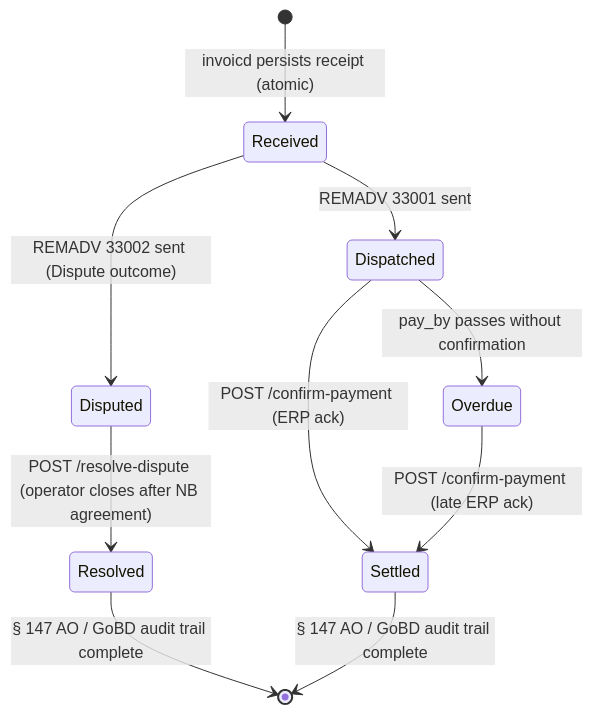
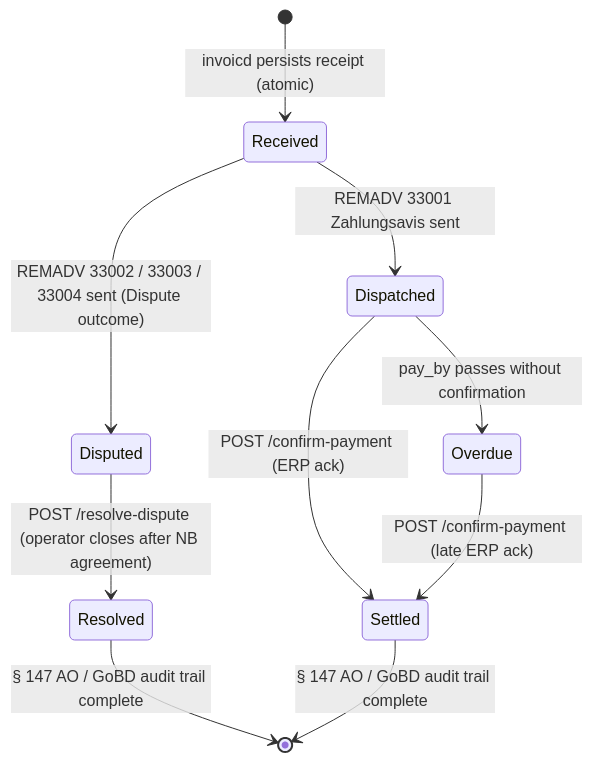
One commit to hupe1980/mako changed the second of 2 diagrams in site/content/docs/services/invoicd.md. Above: the diagram before and after it, drawn with Mermaid. The commit also changed other lines of this file and 107 other files, not shown here.

````diff
--- a/site/content/docs/services/invoicd.md
+++ b/site/content/docs/services/invoicd.md
@@ -376,12 +458,12 @@
 ```mermaid
 stateDiagram-v2
     [*] --> Received : invoicd persists receipt (atomic)
-    Received --> Dispatched : REMADV 33001 sent
-    Received --> Disputed : REMADV 33002 sent (Dispute outcome)
+    Received --> Dispatched : REMADV 33001 Zahlungsavis sent
+    Received --> Disputed : REMADV 33002 / 33003 / 33004 sent (Dispute outcome)
     Dispatched --> Settled : POST /confirm-payment (ERP ack)
     Dispatched --> Overdue : pay_by passes without confirmation
     Overdue --> Settled : POST /confirm-payment (late ERP ack)
     Disputed --> Resolved : POST /resolve-dispute (operator closes after NB agreement)
     Resolved --> [*] : § 147 AO / GoBD audit trail complete
     Settled --> [*] : § 147 AO / GoBD audit trail complete
 ```
````
